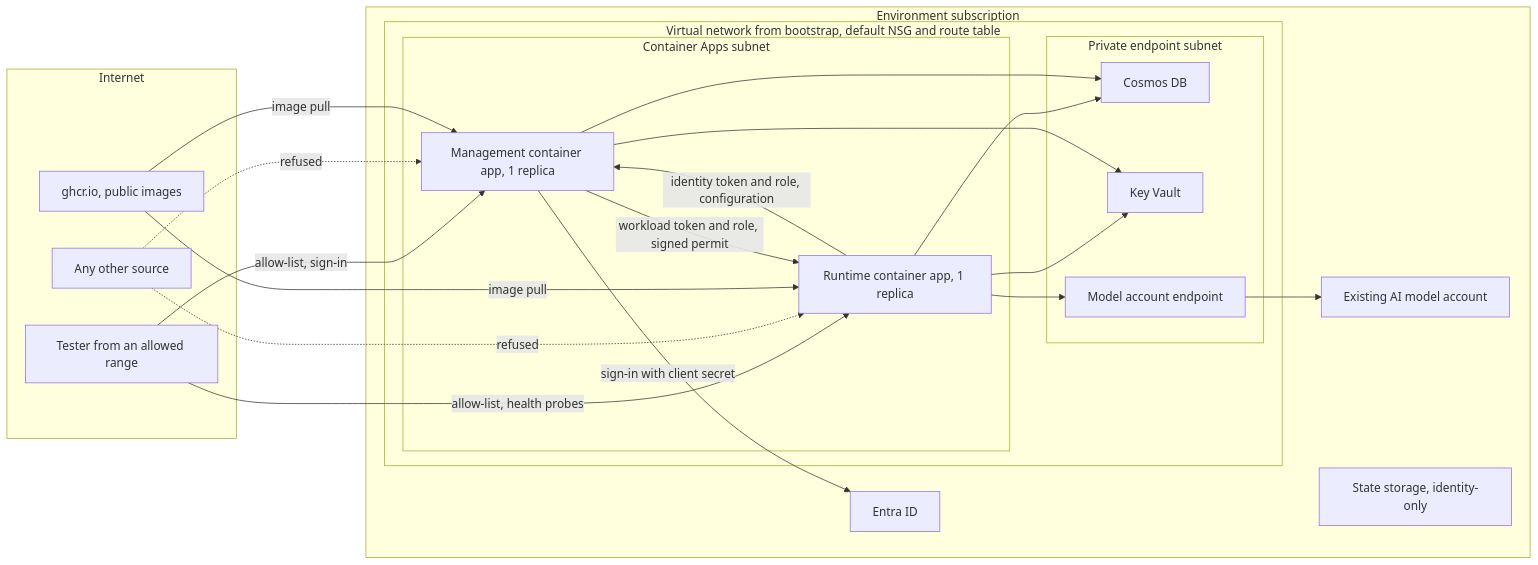
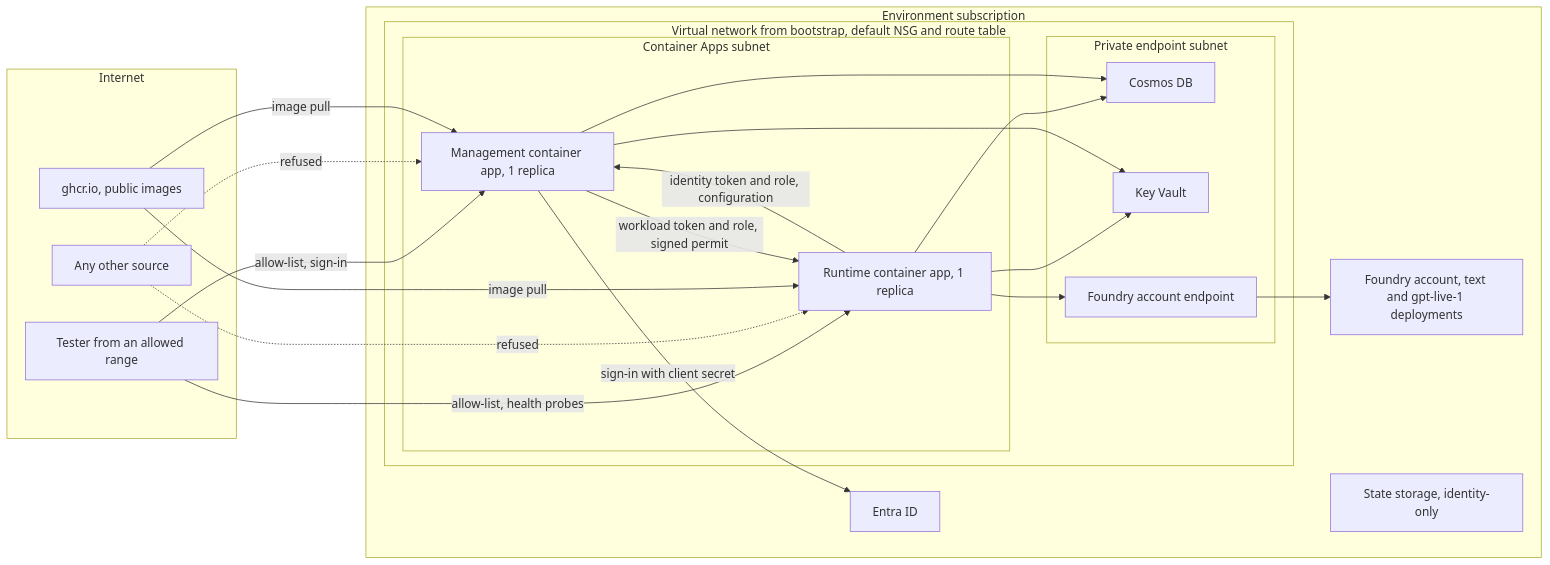
The second of 3 diagrams in docs/environments.md (marvinbuss/caller-ai), drawn with Mermaid before and after one commit. The commit also changed other lines of this file and 31 other files, not shown here.

Commit message:
Deploy a Foundry account with text and gpt-live-1 model deployments

````diff
--- a/docs/environments.md
+++ b/docs/environments.md
@@ -72,39 +72,39 @@
 ```mermaid
 flowchart LR
     subgraph Internet
         Tester["Tester from an allowed range"]
         Other["Any other source"]
         GHCRN["ghcr.io, public images"]
     end
     subgraph Sub["Environment subscription"]
         subgraph VNet["Virtual network from bootstrap, default NSG and route table"]
             subgraph CaeNet["Container Apps subnet"]
                 RT["Runtime container app, 1 replica"]
                 MG["Management container app, 1 replica"]
             end
             subgraph PeNet["Private endpoint subnet"]
                 PEC["Cosmos DB"]
                 PEK["Key Vault"]
-                PEA["Model account endpoint"]
+                PEA["Foundry account endpoint"]
             end
         end
-        Model["Existing AI model account"]
+        Model["Foundry account, text and gpt-live-1 deployments"]
         Entra["Entra ID"]
         State["State storage, identity-only"]
     end
     Tester -->|"allow-list, sign-in"| MG
     Tester -->|"allow-list, health probes"| RT
     Other -.->|"refused"| MG
     Other -.->|"refused"| RT
     GHCRN -->|"image pull"| RT
     GHCRN -->|"image pull"| MG
     MG -->|"sign-in with client secret"| Entra
     MG -->|"workload token and role, signed permit"| RT
     RT -->|"identity token and role, configuration"| MG
     RT --> PEC
     MG --> PEC
     RT --> PEK
     MG --> PEK
     RT --> PEA
     PEA --> Model
 ```
````
